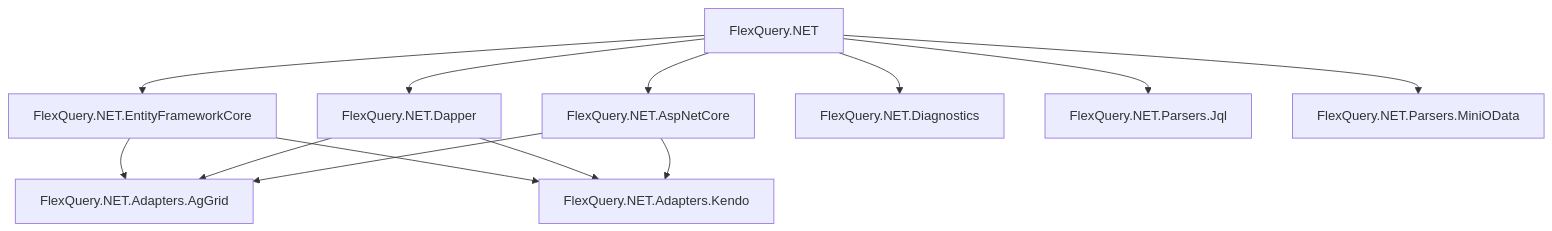
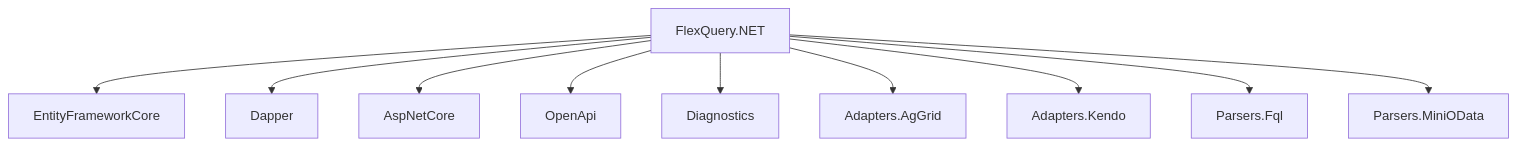
Before and after one commit to peterjohncasasola/FlexQuery.NET: the diagram in README.md, drawn with Mermaid. The commit also changed other lines of this file and 10 other files, not shown here.

````diff
--- a/README.md
+++ b/README.md
@@ -31,16 +142,13 @@
 ```mermaid
 graph TD
     Core["FlexQuery.NET"]
-    Core --> EF["FlexQuery.NET.EntityFrameworkCore"]
-    Core --> Dapper["FlexQuery.NET.Dapper"]
-    Core --> AspNet["FlexQuery.NET.AspNetCore"]
-    Core --> Diag["FlexQuery.NET.Diagnostics"]
-    EF --> AgGrid["FlexQuery.NET.Adapters.AgGrid"]
-    EF --> Kendo["FlexQuery.NET.Adapters.Kendo"]
-    Dapper --> AgGrid
-    Dapper --> Kendo
-    AspNet --> AgGrid
-    AspNet --> Kendo
-    Core --> Jql["FlexQuery.NET.Parsers.Jql"]
-    Core --> OData["FlexQuery.NET.Parsers.MiniOData"]
+    Core --> EF["EntityFrameworkCore"]
+    Core --> Dapper["Dapper"]
+    Core --> AspNet["AspNetCore"]
+    Core --> OpenApi["OpenApi"]
+    Core --> Diag["Diagnostics"]
+    Core --> AgGrid["Adapters.AgGrid"]
+    Core --> Kendo["Adapters.Kendo"]
+    Core --> Fql["Parsers.Fql"]
+    Core --> OData["Parsers.MiniOData"]
 ```
````
